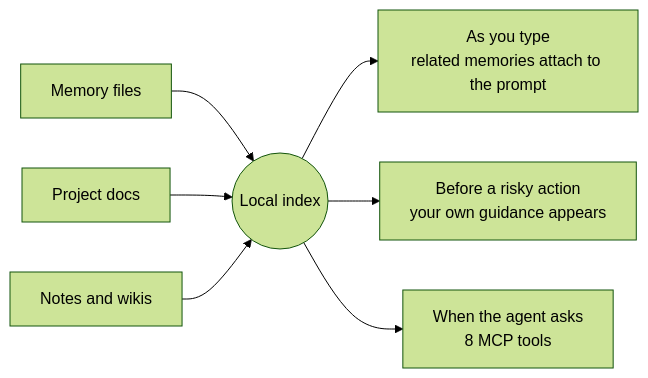
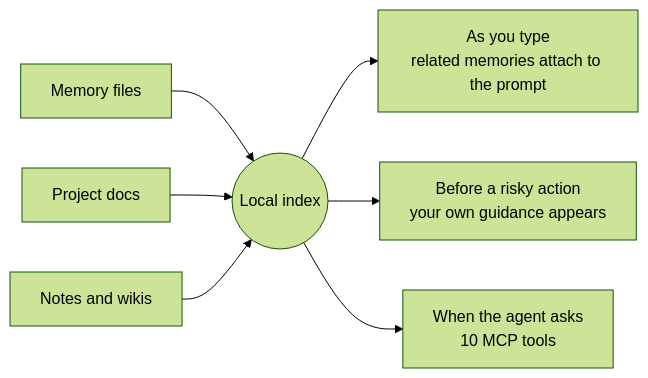
One commit to honeyground-org/local-brain changed the diagram in README.md. Above: the diagram before and after it, drawn with Mermaid (forest theme). The commit also changed other lines of this file, not shown here.

````diff
--- a/README.md
+++ b/README.md
@@ -58,9 +58,9 @@
 ```mermaid
 flowchart LR
   A[Memory files] --> I((Local index))
   B[Project docs] --> I
   C[Notes and wikis] --> I
   I --> T["As you type<br/>related memories attach to the prompt"]
   I --> R["Before a risky action<br/>your own guidance appears"]
-  I --> M["When the agent asks<br/>8 MCP tools"]
+  I --> M["When the agent asks<br/>10 MCP tools"]
 ```
````
